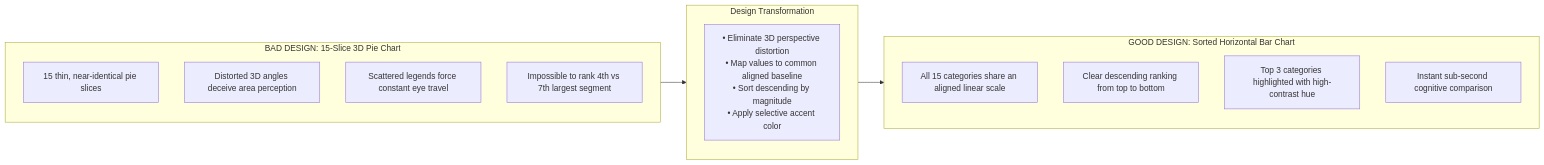
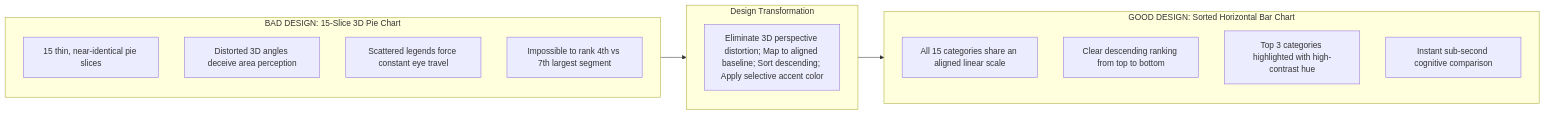
One commit to DeepLumiere/DeepSkills changed the ninth of 27 diagrams in notes/data_analysis/Unit_2_notes.md. Above: the diagram before and after it, drawn with Mermaid. The commit also changed other lines of this file and 56 other files, not shown here.

````diff
--- a/notes/data_analysis/Unit_2_notes.md
+++ b/notes/data_analysis/Unit_2_notes.md
@@ -565,22 +565,22 @@
 ```mermaid
 flowchart LR
     subgraph BAD["BAD DESIGN: 15-Slice 3D Pie Chart"]
         B1["15 thin, near-identical pie slices"]
         B2["Distorted 3D angles deceive area perception"]
         B3["Scattered legends force constant eye travel"]
         B4["Impossible to rank 4th vs 7th largest segment"]
     end
 
     subgraph FIX["Design Transformation"]
-        T["• Eliminate 3D perspective distortion<br/>• Map values to common aligned baseline<br/>• Sort descending by magnitude<br/>• Apply selective accent color"]
+        T["Eliminate 3D perspective distortion; Map to aligned baseline; Sort descending; Apply selective accent color"]
     end
 
     subgraph GOOD["GOOD DESIGN: Sorted Horizontal Bar Chart"]
         G1["All 15 categories share an aligned linear scale"]
         G2["Clear descending ranking from top to bottom"]
         G3["Top 3 categories highlighted with high-contrast hue"]
         G4["Instant sub-second cognitive comparison"]
     end
 
     BAD --> FIX --> GOOD
 ```
````
